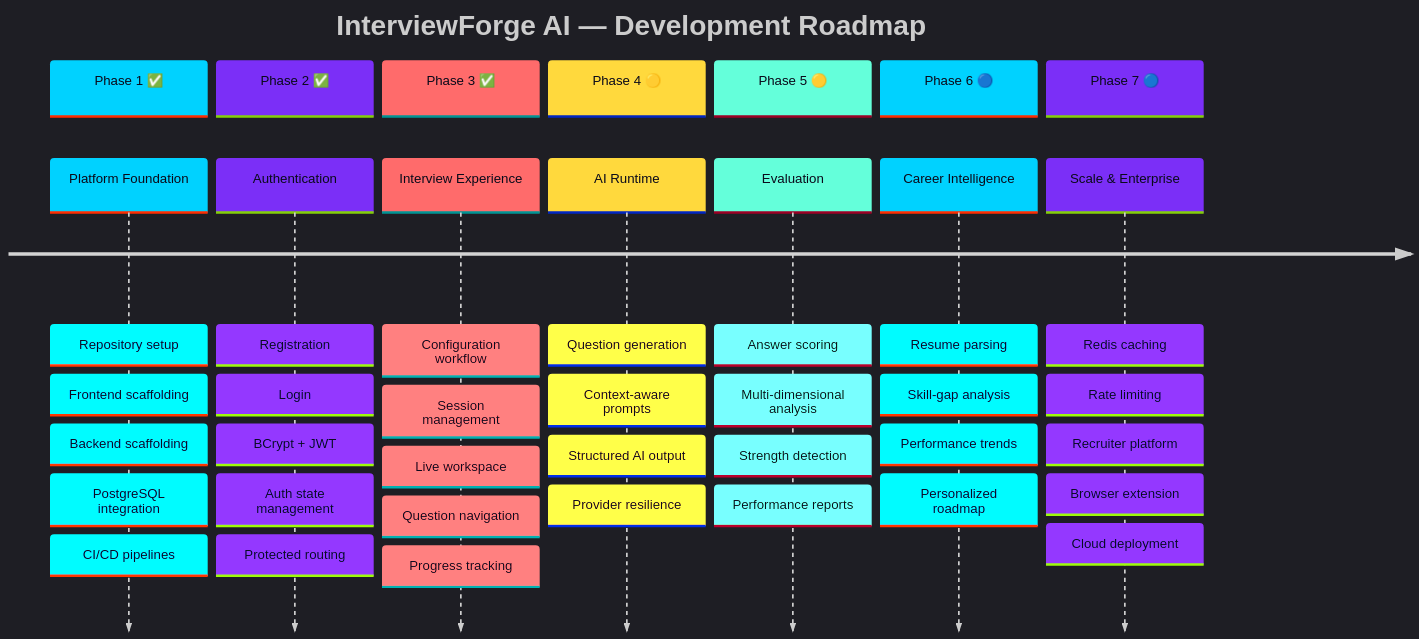
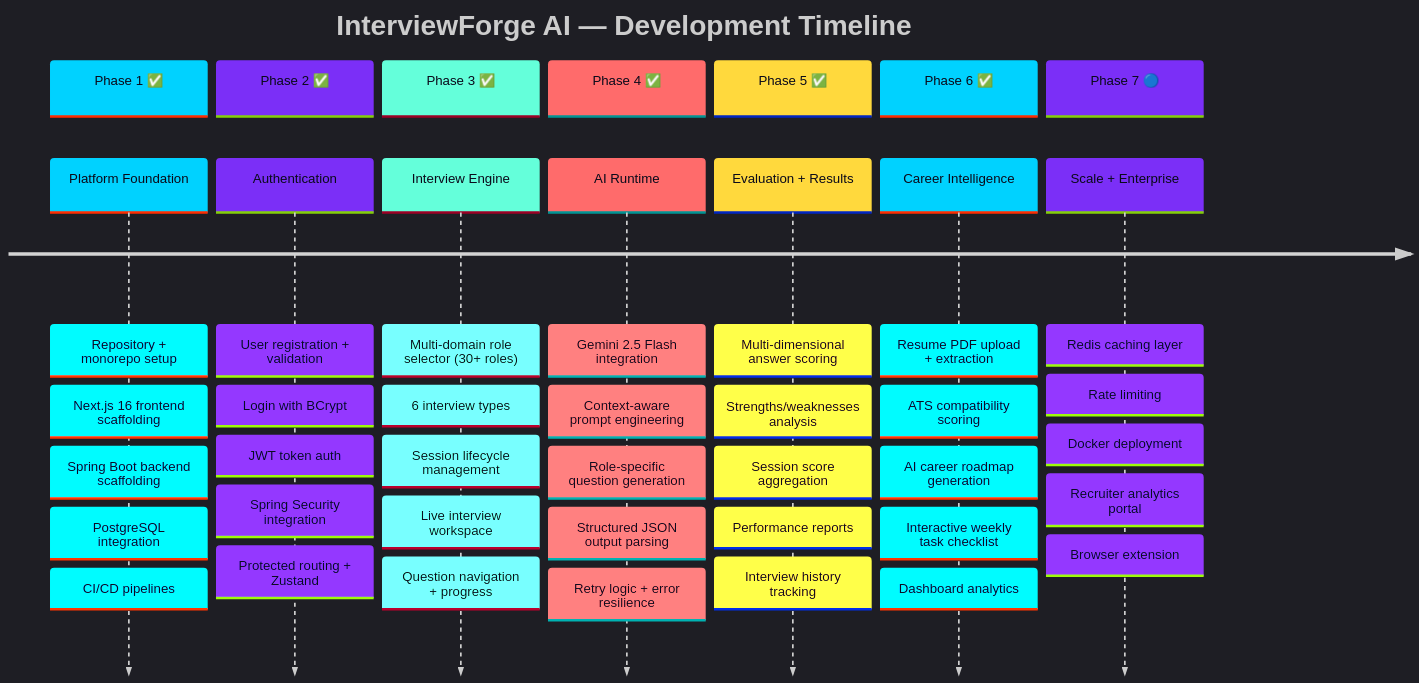
One commit to Jawahar08/interviewforge-ai changed the sixth of 6 diagrams in README.md. Above: the diagram before and after it, drawn with Mermaid. The commit also changed other lines of this file and 6 other files, not shown here.

Commit message:
docs: complete rewrite of README with animations, architecture diagrams, and updated features

````diff
--- a/README.md
+++ b/README.md
@@ -782,52 +1007,55 @@
 ```mermaid
-%%{init: {'theme': 'dark', 'themeVariables': { 'cScale0': '#00d2ff', 'cScale1': '#7b2ff7', 'cScale2': '#ff6b6b', 'cScale3': '#ffd93d', 'cScale4': '#64ffda', 'cScale5': '#00d2ff', 'cScale6': '#7b2ff7', 'cScaleLabel0': '#0a0a1a', 'cScaleLabel1': '#0a0a1a', 'cScaleLabel2': '#0a0a1a', 'cScaleLabel3': '#0a0a1a', 'cScaleLabel4': '#0a0a1a', 'cScaleLabel5': '#0a0a1a', 'cScaleLabel6': '#0a0a1a', 'fontFamily': 'Segoe UI, sans-serif'}}}%%
+%%{init: {'theme': 'dark', 'themeVariables': { 'cScale0': '#00d2ff', 'cScale1': '#7b2ff7', 'cScale2': '#64ffda', 'cScale3': '#ff6b6b', 'cScale4': '#ffd93d', 'cScale5': '#00d2ff', 'cScale6': '#7b2ff7', 'cScaleLabel0': '#0a0a1a', 'cScaleLabel1': '#0a0a1a', 'cScaleLabel2': '#0a0a1a', 'cScaleLabel3': '#0a0a1a', 'cScaleLabel4': '#0a0a1a', 'cScaleLabel5': '#0a0a1a', 'cScaleLabel6': '#0a0a1a', 'fontFamily': 'JetBrains Mono, monospace'}}}%%
 
 timeline
-    title InterviewForge AI — Development Roadmap
+    title InterviewForge AI — Development Timeline
 
     section Phase 1 ✅
-        Platform Foundation : Repository setup
-                            : Frontend scaffolding
-                            : Backend scaffolding
+        Platform Foundation : Repository + monorepo setup
+                            : Next.js 16 frontend scaffolding
+                            : Spring Boot backend scaffolding
                             : PostgreSQL integration
                             : CI/CD pipelines
 
     section Phase 2 ✅
-        Authentication : Registration
-                       : Login
-                       : BCrypt + JWT
-                       : Auth state management
-                       : Protected routing
+        Authentication : User registration + validation
+                       : Login with BCrypt
+                       : JWT token auth
+                       : Spring Security integration
+                       : Protected routing + Zustand
 
     section Phase 3 ✅
-        Interview Experience : Configuration workflow
-                             : Session management
-                             : Live workspace
-                             : Question navigation
-                             : Progress tracking
+        Interview Engine : Multi-domain role selector (30+ roles)
+                         : 6 interview types
+                         : Session lifecycle management
+                         : Live interview workspace
+                         : Question navigation + progress
 
-    section Phase 4 🟡
-        AI Runtime : Question generation
-                   : Context-aware prompts
-                   : Structured AI output
-                   : Provider resilience
+    section Phase 4 ✅
+        AI Runtime : Gemini 2.5 Flash integration
+                   : Context-aware prompt engineering
+                   : Role-specific question generation
+                   : Structured JSON output parsing
+                   : Retry logic + error resilience
 
-    section Phase 5 🟡
-        Evaluation : Answer scoring
-                   : Multi-dimensional analysis
-                   : Strength detection
-                   : Performance reports
+    section Phase 5 ✅
+        Evaluation + Results : Multi-dimensional answer scoring
+                             : Strengths/weaknesses analysis
+                             : Session score aggregation
+                             : Performance reports
+                             : Interview history tracking
 
-    section Phase 6 🔵
-        Career Intelligence : Resume parsing
-                            : Skill-gap analysis
-                            : Performance trends
-                            : Personalized roadmap
+    section Phase 6 ✅
+        Career Intelligence : Resume PDF upload + extraction
+                            : ATS compatibility scoring
+                            : AI career roadmap generation
+                            : Interactive weekly task checklist
+                            : Dashboard analytics
 
     section Phase 7 🔵
-        Scale & Enterprise : Redis caching
+        Scale + Enterprise : Redis caching layer
                            : Rate limiting
-                           : Recruiter platform
+                           : Docker deployment
+                           : Recruiter analytics portal
                            : Browser extension
-                           : Cloud deployment
 ```
````
